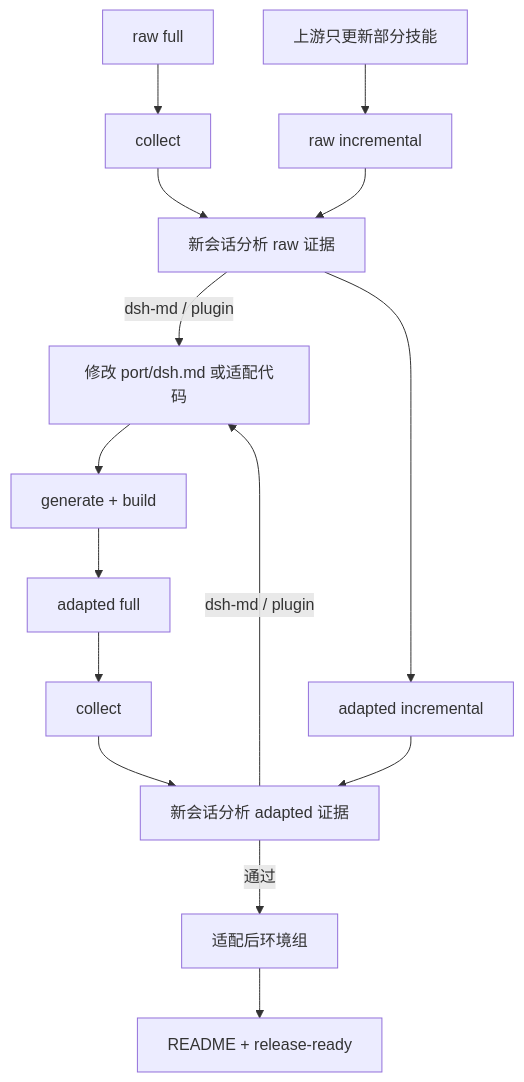
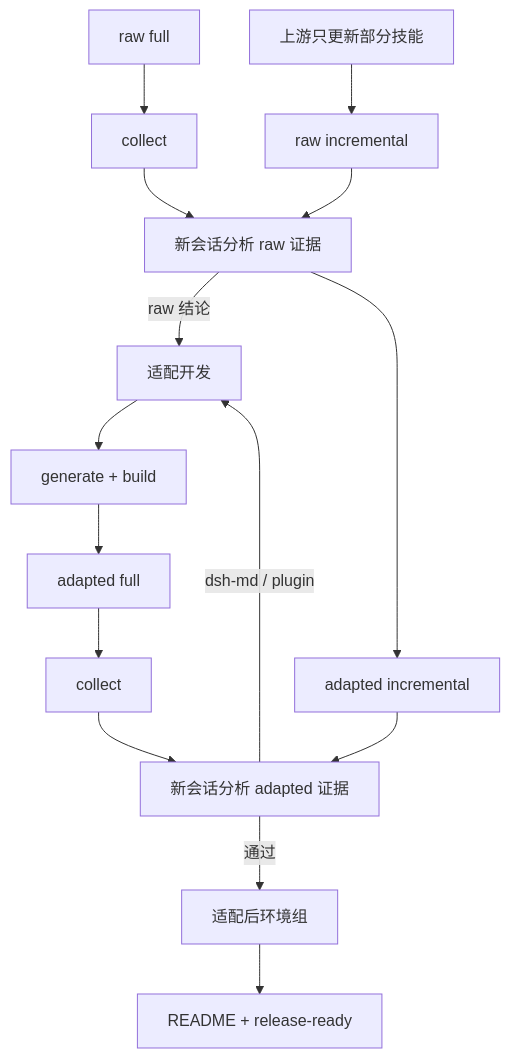
The diagram in playground/docs/verification-loop.md (MaxonT/dsh-pstack), drawn with Mermaid before and after one commit. The commit also changed other lines of this file and 5 other files, not shown here.

````diff
--- a/playground/docs/verification-loop.md
+++ b/playground/docs/verification-loop.md
@@ -25,17 +25,17 @@
 ```mermaid
 flowchart TD
   rawFull[raw full] --> collectRaw[collect]
   collectRaw --> analyzeRaw[新会话分析 raw 证据]
-  analyzeRaw -->|dsh-md / plugin| portChange[修改 port/dsh.md 或适配代码]
+  analyzeRaw -->|raw 结论| portChange[适配开发]
   portChange --> build[generate + build]
   build --> adaptedFull[adapted full]
   adaptedFull --> collectAdapted[collect]
   collectAdapted --> analyzeAdapted[新会话分析 adapted 证据]
   analyzeAdapted -->|dsh-md / plugin| portChange
   analyzeAdapted -->|通过| envGroup[适配后环境组]
   envGroup --> release[README + release-ready]
   upstream[上游只更新部分技能] --> rawDelta[raw incremental]
   rawDelta --> analyzeRaw
   analyzeRaw --> adaptedDelta[adapted incremental]
   adaptedDelta --> analyzeAdapted
 ```
````
